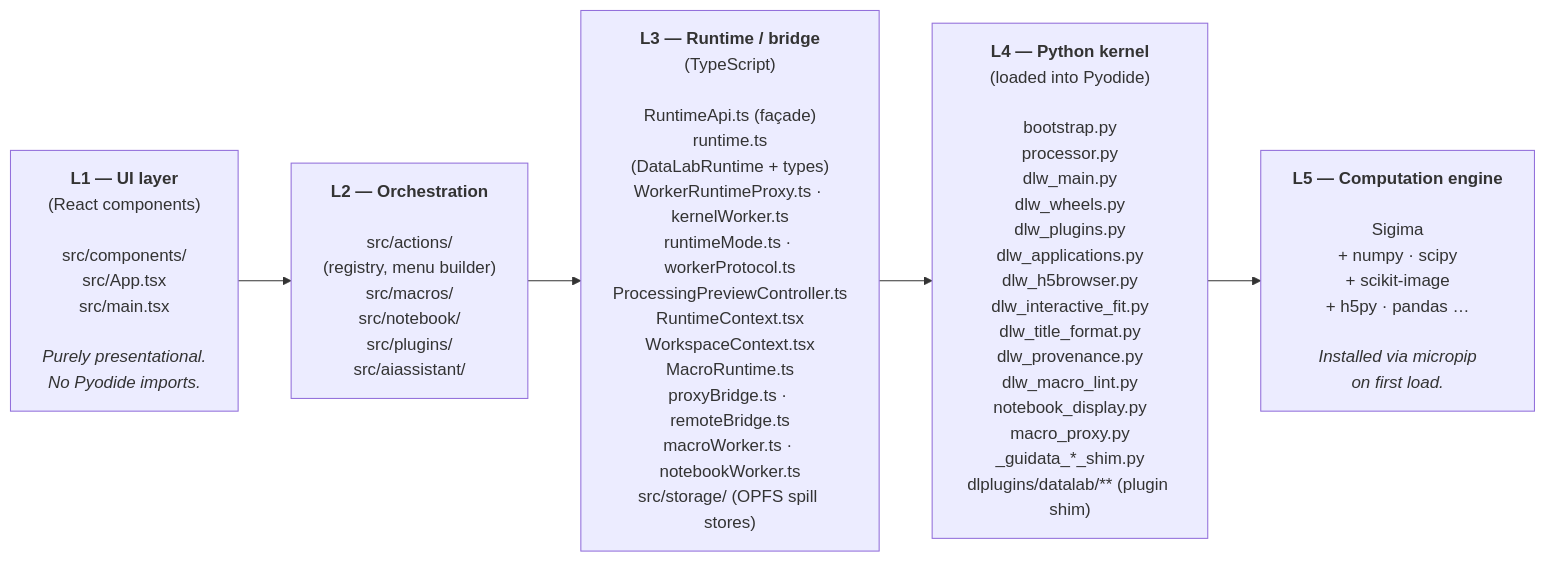
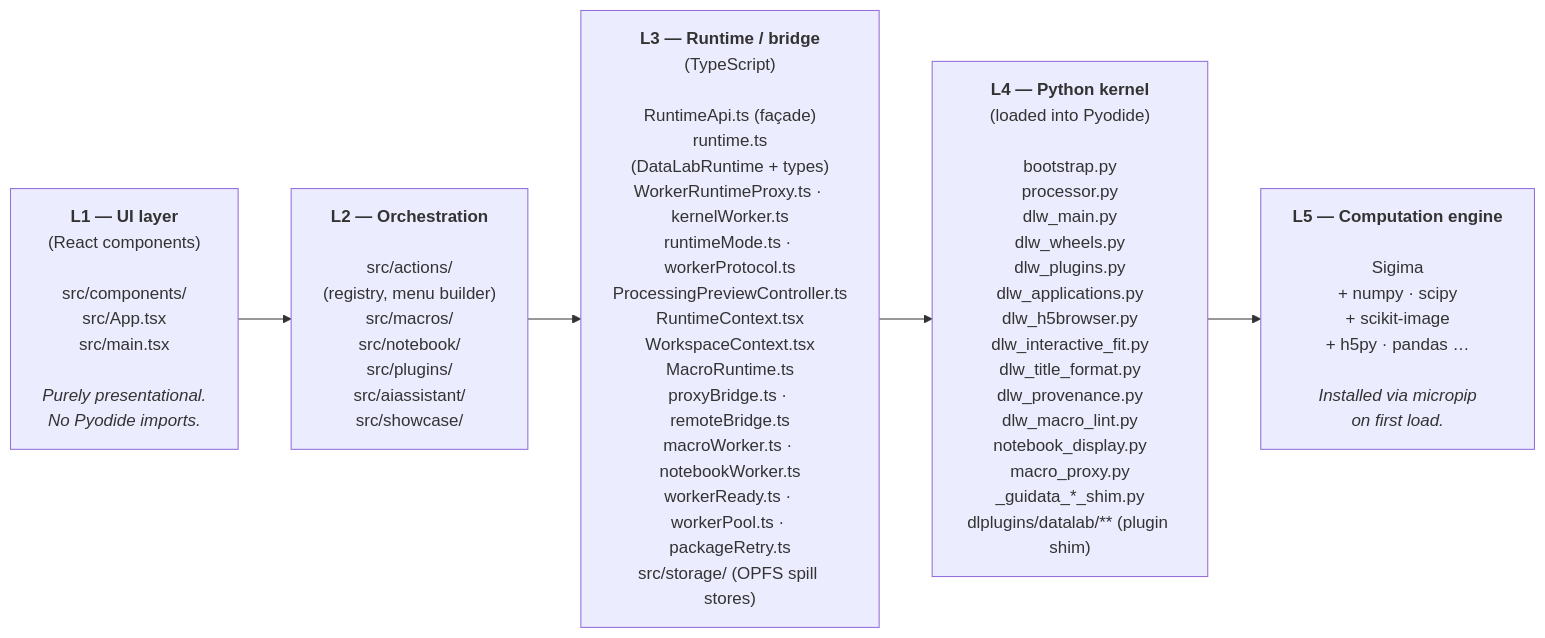
Before and after one commit to DataLab-Platform/web: the second of 8 diagrams in doc/architecture.md, drawn with Mermaid. The commit also changed 84 other files, not shown here.

````diff
--- a/doc/architecture.md
+++ b/doc/architecture.md
@@ -87,10 +87,10 @@
 ```mermaid
 flowchart LR
     L1["<b>L1 — UI layer</b><br/>(React components)<br/><br/>src/components/<br/>src/App.tsx<br/>src/main.tsx<br/><br/><i>Purely presentational.<br/>No Pyodide imports.</i>"]
-    L2["<b>L2 — Orchestration</b><br/><br/>src/actions/<br/>(registry, menu builder)<br/>src/macros/<br/>src/notebook/<br/>src/plugins/<br/>src/aiassistant/"]
-    L3["<b>L3 — Runtime / bridge</b><br/>(TypeScript)<br/><br/>RuntimeApi.ts (façade)<br/>runtime.ts<br/>(DataLabRuntime + types)<br/>WorkerRuntimeProxy.ts · kernelWorker.ts<br/>runtimeMode.ts · workerProtocol.ts<br/>ProcessingPreviewController.ts<br/>RuntimeContext.tsx<br/>WorkspaceContext.tsx<br/>MacroRuntime.ts<br/>proxyBridge.ts · remoteBridge.ts<br/>macroWorker.ts · notebookWorker.ts<br/>src/storage/ (OPFS spill stores)"]
+    L2["<b>L2 — Orchestration</b><br/><br/>src/actions/<br/>(registry, menu builder)<br/>src/macros/<br/>src/notebook/<br/>src/plugins/<br/>src/aiassistant/<br/>src/showcase/"]
+    L3["<b>L3 — Runtime / bridge</b><br/>(TypeScript)<br/><br/>RuntimeApi.ts (façade)<br/>runtime.ts<br/>(DataLabRuntime + types)<br/>WorkerRuntimeProxy.ts · kernelWorker.ts<br/>runtimeMode.ts · workerProtocol.ts<br/>ProcessingPreviewController.ts<br/>RuntimeContext.tsx<br/>WorkspaceContext.tsx<br/>MacroRuntime.ts<br/>proxyBridge.ts · remoteBridge.ts<br/>macroWorker.ts · notebookWorker.ts<br/>workerReady.ts · workerPool.ts · packageRetry.ts<br/>src/storage/ (OPFS spill stores)"]
     L4["<b>L4 — Python kernel</b><br/>(loaded into Pyodide)<br/><br/>bootstrap.py<br/>processor.py<br/>dlw_main.py<br/>dlw_wheels.py<br/>dlw_plugins.py<br/>dlw_applications.py<br/>dlw_h5browser.py<br/>dlw_interactive_fit.py<br/>dlw_title_format.py<br/>dlw_provenance.py<br/>dlw_macro_lint.py<br/>notebook_display.py<br/>macro_proxy.py<br/>_guidata_*_shim.py<br/>dlplugins/datalab/** (plugin shim)"]
     L5["<b>L5 — Computation engine</b><br/><br/>Sigima<br/>+ numpy · scipy<br/>+ scikit-image<br/>+ h5py · pandas …<br/><br/><i>Installed via micropip<br/>on first load.</i>"]
 
     L1 --> L2 --> L3 --> L4 --> L5
 ```
````
